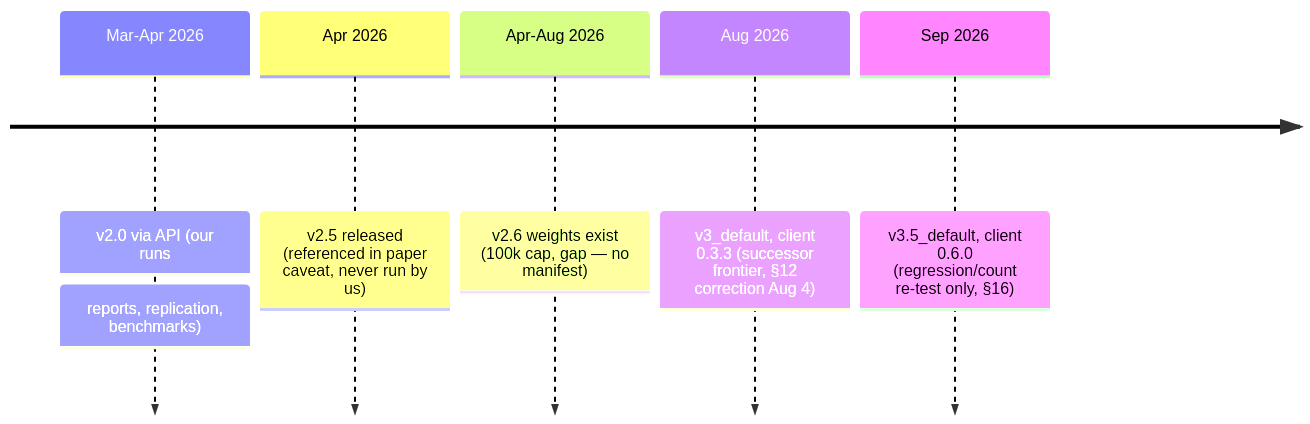
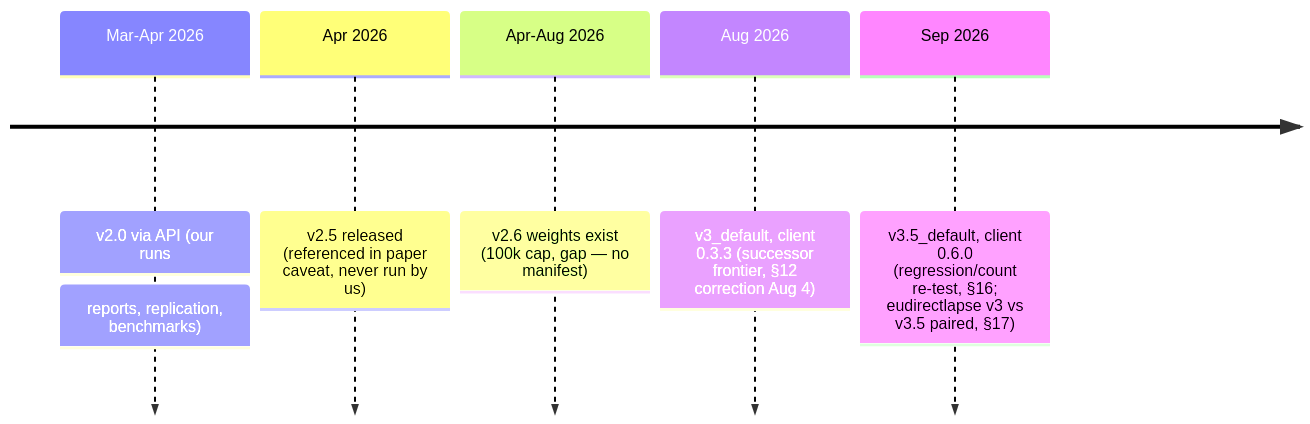
Before and after one commit to IFoA-ADSWP/tabular-foundation-model: the diagram in docs/MODEL_VERSIONS.md, drawn with Mermaid. The commit also changed other lines of this file and 15 other files, not shown here.

First line of the commit message:
feat: eudirectlapse v3 vs v3.5 paired re-test — published loss does not reproduce (#186)

````diff
--- a/docs/MODEL_VERSIONS.md
+++ b/docs/MODEL_VERSIONS.md
@@ -22,8 +23,8 @@
 ```mermaid
 timeline
     Mar-Apr 2026 : v2.0 via API (our runs: reports, replication, benchmarks)
     Apr 2026 : v2.5 released (referenced in paper caveat, never run by us)
     Apr-Aug 2026 : v2.6 weights exist (100k cap, gap — no manifest)
     Aug 2026 : v3_default, client 0.3.3 (successor frontier, §12 correction Aug 4)
-    Sep 2026 : v3.5_default, client 0.6.0 (regression/count re-test only, §16)
+    Sep 2026 : v3.5_default, client 0.6.0 (regression/count re-test, §16; eudirectlapse v3 vs v3.5 paired, §17)
 ```
````
